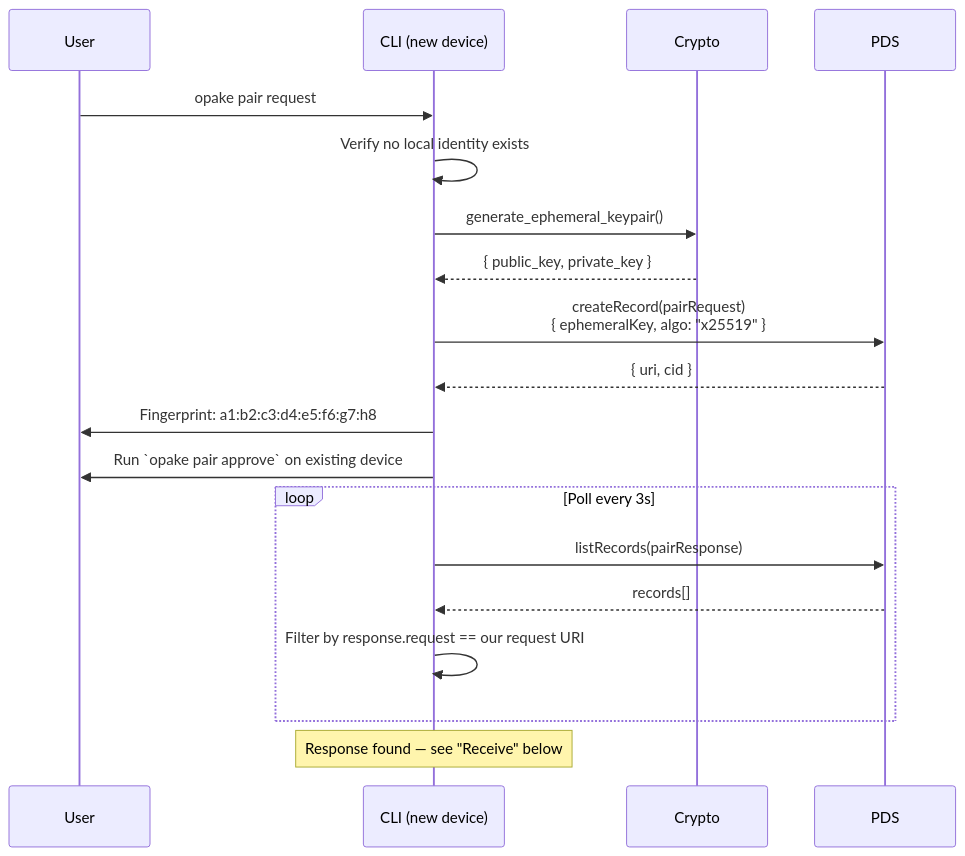
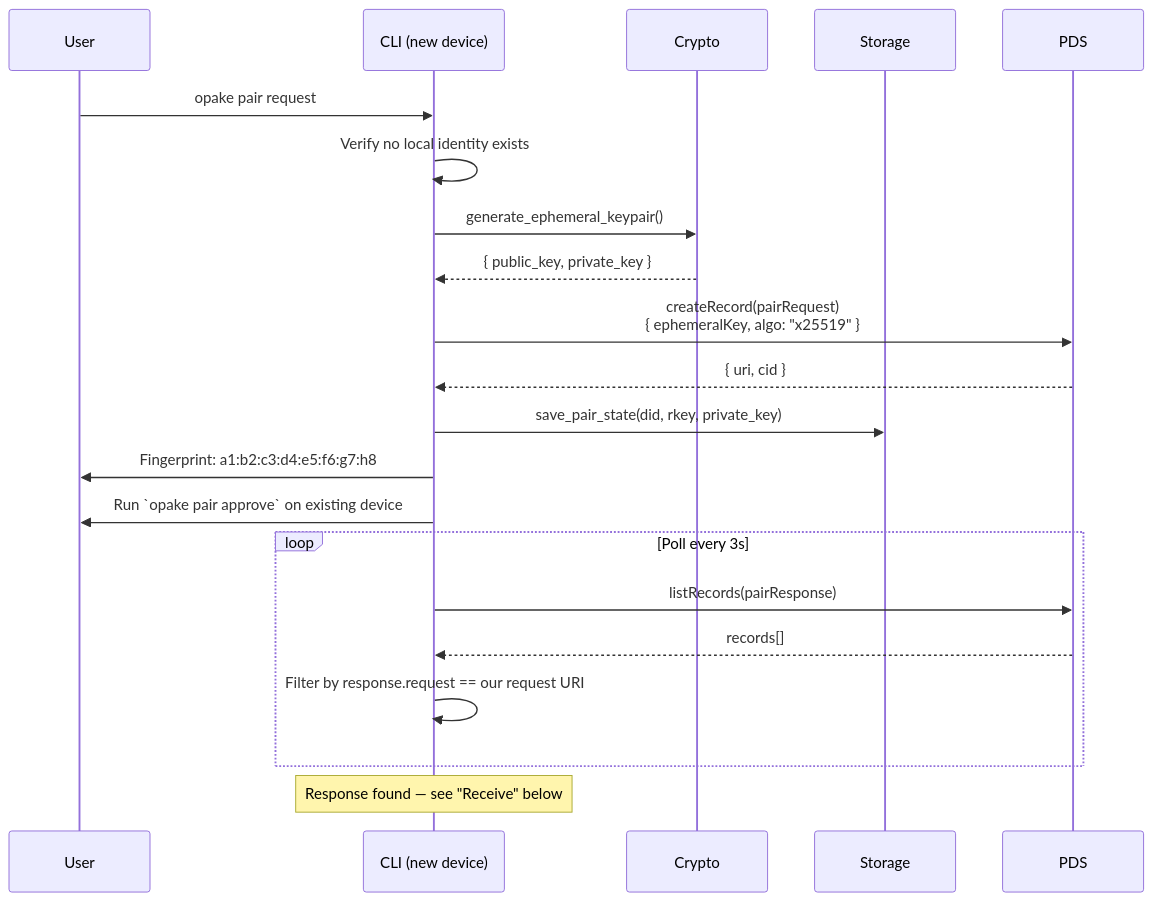
One commit to Sans-Self/Opake changed the first of 4 diagrams in docs/flows/pairing.md. Above: the diagram before and after it, drawn with Mermaid. The commit also changed other lines of this file and 14 other files, not shown here.

````diff
--- a/docs/flows/pairing.md
+++ b/docs/flows/pairing.md
@@ -7,28 +7,31 @@
 ```mermaid
 sequenceDiagram
     participant User
     participant CLI as CLI (new device)
     participant Crypto
+    participant Storage
     participant PDS
 
     User->>CLI: opake pair request
 
     CLI->>CLI: Verify no local identity exists
 
     CLI->>Crypto: generate_ephemeral_keypair()
     Crypto-->>CLI: { public_key, private_key }
 
     CLI->>PDS: createRecord(pairRequest)<br/>{ ephemeralKey, algo: "x25519" }
     PDS-->>CLI: { uri, cid }
 
+    CLI->>Storage: save_pair_state(did, rkey, private_key)
+
     CLI->>User: Fingerprint: a1:b2:c3:d4:e5:f6:g7:h8
     CLI->>User: Run `opake pair approve` on existing device
 
     loop Poll every 3s
         CLI->>PDS: listRecords(pairResponse)
         PDS-->>CLI: records[]
         CLI->>CLI: Filter by response.request == our request URI
     end
 
     Note over CLI: Response found — see "Receive" below
 ```
````
